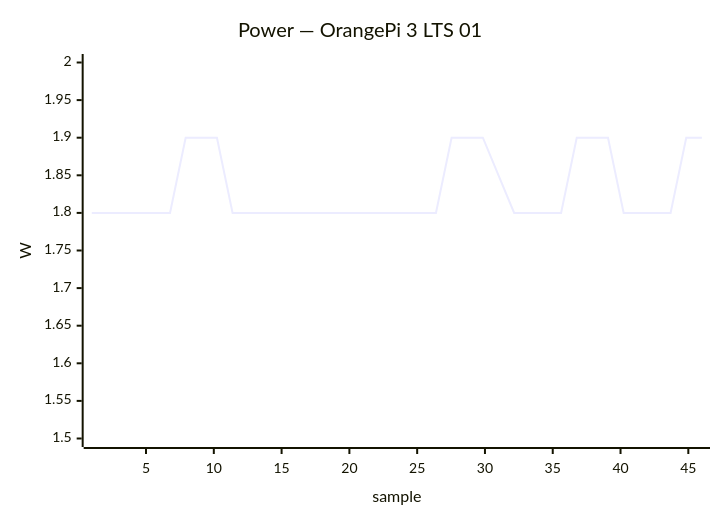
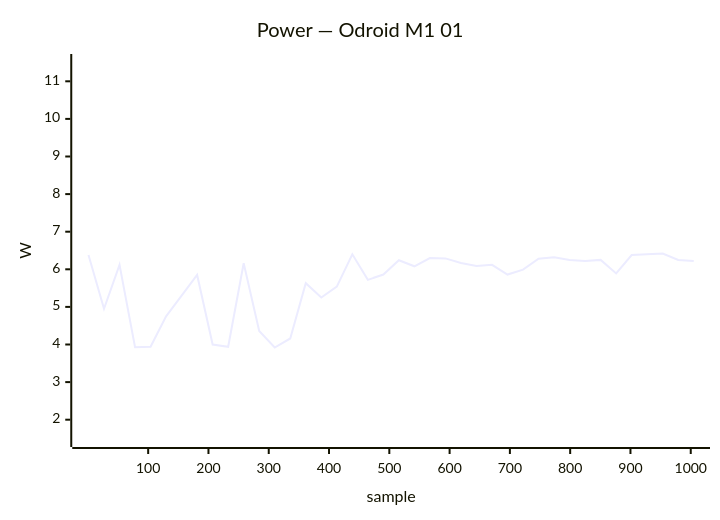
Before and after one commit to armbian/documentation: the third of 40 diagrams in docs/status/board-tests.md, drawn with Mermaid. The commit also changed other lines of this file, not shown here.

````diff
--- a/docs/status/board-tests.md
+++ b/docs/status/board-tests.md
@@ -120,7 +124,7 @@
 ```mermaid
 xychart-beta
-    title "Power — OrangePi 3 LTS 01"
-    x-axis "sample" 1 --> 46
-    y-axis "W" 1.5 --> 2.0
-    line [1.80, 1.80, 1.80, 1.80, 1.80, 1.80, 1.90, 1.90, 1.90, 1.80, 1.80, 1.80, 1.80, 1.80, 1.80, 1.80, 1.80, 1.80, 1.80, 1.80, 1.80, 1.80, 1.80, 1.90, 1.90, 1.90, 1.85, 1.80, 1.80, 1.80, 1.80, 1.90, 1.90, 1.90, 1.80, 1.80, 1.80, 1.80, 1.90, 1.90]
+    title "Power — Odroid M1 01"
+    x-axis "sample" 1 --> 1005
+    y-axis "W" 1.5 --> 11.5
+    line [6.38, 4.95, 6.12, 3.93, 3.94, 4.75, 5.30, 5.85, 4.00, 3.94, 6.16, 4.36, 3.92, 4.16, 5.63, 5.25, 5.54, 6.40, 5.72, 5.86, 6.24, 6.08, 6.30, 6.29, 6.17, 6.09, 6.12, 5.86, 5.99, 6.28, 6.32, 6.25, 6.22, 6.25, 5.89, 6.38, 6.40, 6.42, 6.25, 6.22]
 ```
````
